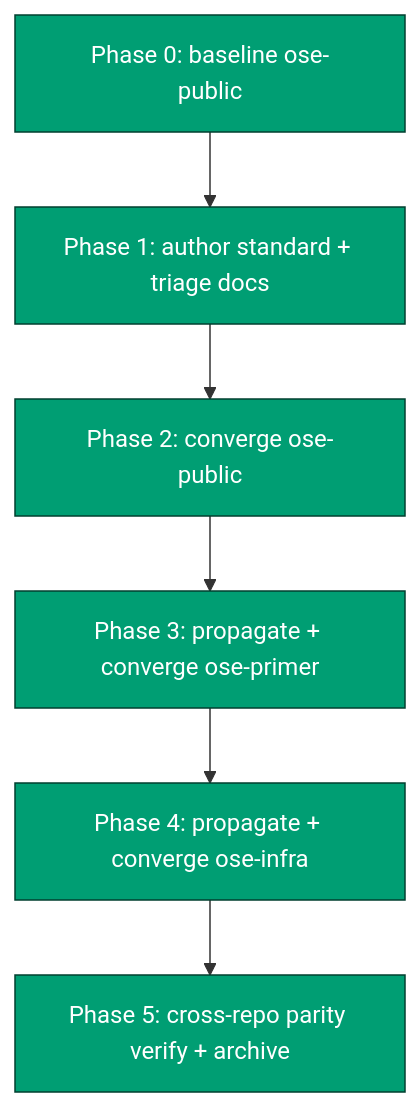
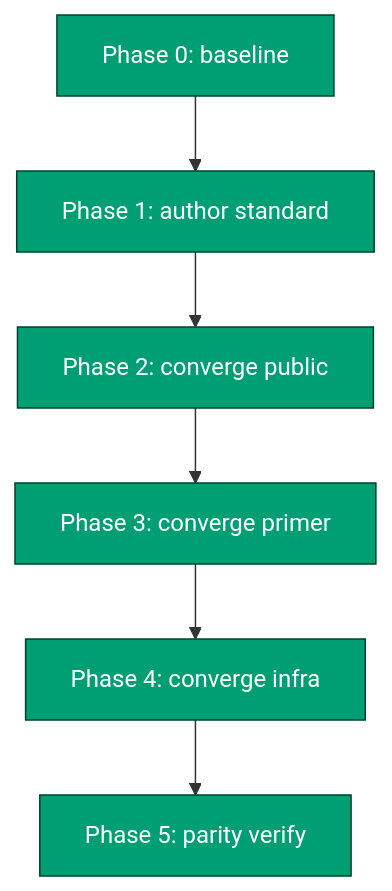
Before and after one commit to wahidyankf/baseerah: the sixth of 6 diagrams in plans/in-progress/standardize-rhino-cli-sdlc-parity/tech-docs.md, drawn with Mermaid. The commit also changed other lines of this file and 1 other file, not shown here.

First line of the commit message:
docs(plan): update standardize-rhino-cli-sdlc-parity to reflect latest state

````diff
--- a/plans/in-progress/standardize-rhino-cli-sdlc-parity/tech-docs.md
+++ b/plans/in-progress/standardize-rhino-cli-sdlc-parity/tech-docs.md
@@ -489,11 +486,11 @@
 ```mermaid
 flowchart TD
-    P0[Phase 0: baseline ose-public] --> P1[Phase 1: author standard + triage docs]
-    P1 --> P2[Phase 2: converge ose-public]
-    P2 --> P3[Phase 3: propagate + converge ose-primer]
-    P3 --> P4[Phase 4: propagate + converge ose-infra]
-    P4 --> P5[Phase 5: cross-repo parity verify + archive]
+    P0[Phase 0: baseline] --> P1[Phase 1: author standard]
+    P1 --> P2[Phase 2: converge public]
+    P2 --> P3[Phase 3: converge primer]
+    P3 --> P4[Phase 4: converge infra]
+    P4 --> P5[Phase 5: parity verify]
 
     classDef phase fill:#009E73,color:#ffffff,stroke:#003f2f
     class P0,P1,P2,P3,P4,P5 phase
 ```
````
